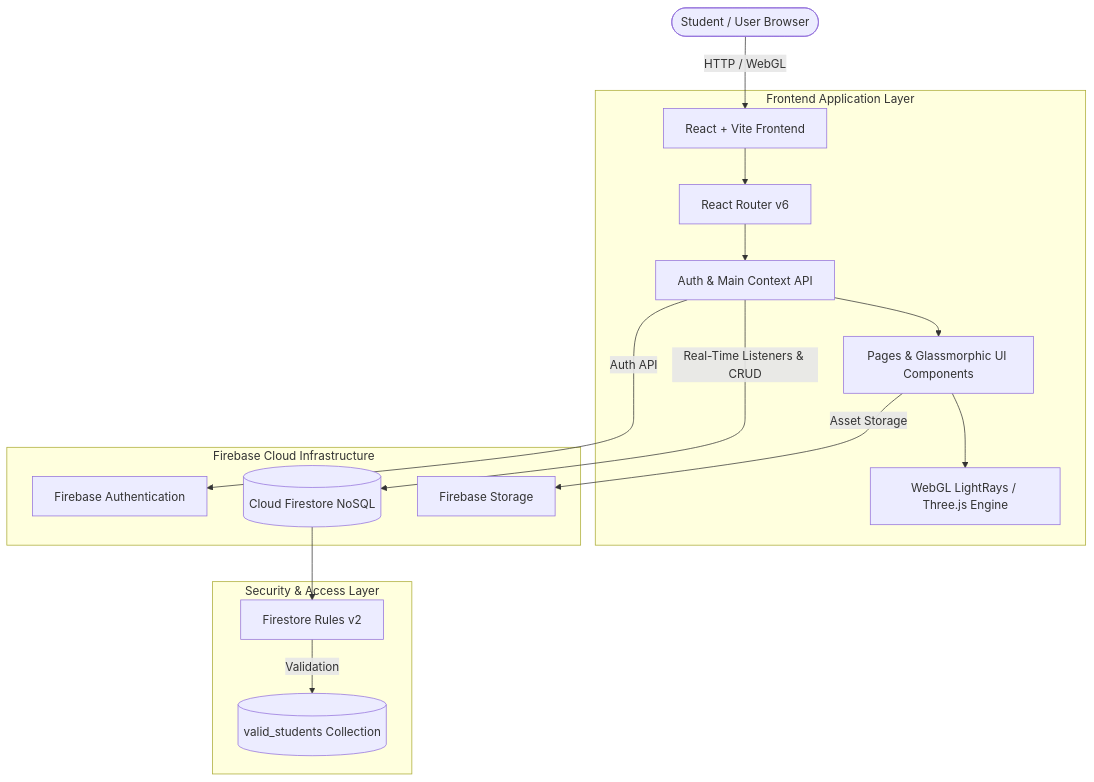
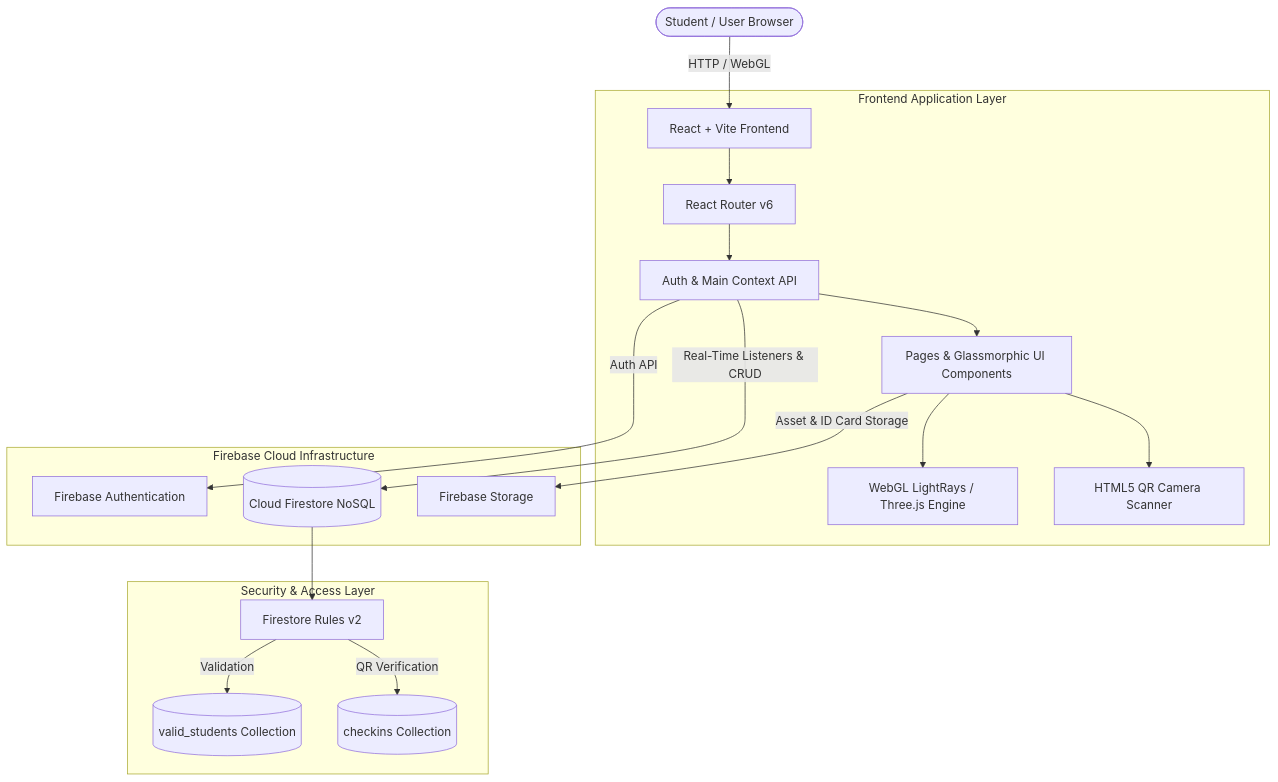
One commit to The-Blue-Pheonix/campusConnect changed the first of 4 diagrams in README.md. Above: the diagram before and after it, drawn with Mermaid. The commit also changed other lines of this file, not shown here.

Commit message:
docs: update README with documentation for QR check-in, ID verification, and moderation features

````diff
--- a/README.md
+++ b/README.md
@@ -68,22 +78,24 @@
 ```mermaid
 graph TD
     User(["Student / User Browser"]) -->|"HTTP / WebGL"| Frontend["React + Vite Frontend"]
     
     subgraph FrontendApp ["Frontend Application Layer"]
         Frontend --> Router["React Router v6"]
         Router --> Context["Auth & Main Context API"]
         Context --> UIComponents["Pages & Glassmorphic UI Components"]
         UIComponents --> Shaders["WebGL LightRays / Three.js Engine"]
+        UIComponents --> QRScanner["HTML5 QR Camera Scanner"]
     end
 
     subgraph FirebaseInfra ["Firebase Cloud Infrastructure"]
         Context -->|"Auth API"| FBAuth["Firebase Authentication"]
         Context -->|"Real-Time Listeners & CRUD"| Firestore[("Cloud Firestore NoSQL")]
-        UIComponents -->|"Asset Storage"| FBStorage["Firebase Storage"]
+        UIComponents -->|"Asset & ID Card Storage"| FBStorage["Firebase Storage"]
     end
 
     subgraph SecurityLayer ["Security & Access Layer"]
         Firestore --> SecurityRules["Firestore Rules v2"]
         SecurityRules -->|"Validation"| ValidStudents[("valid_students Collection")]
+        SecurityRules -->|"QR Verification"| CheckinsCol[("checkins Collection")]
     end
 ```
````
